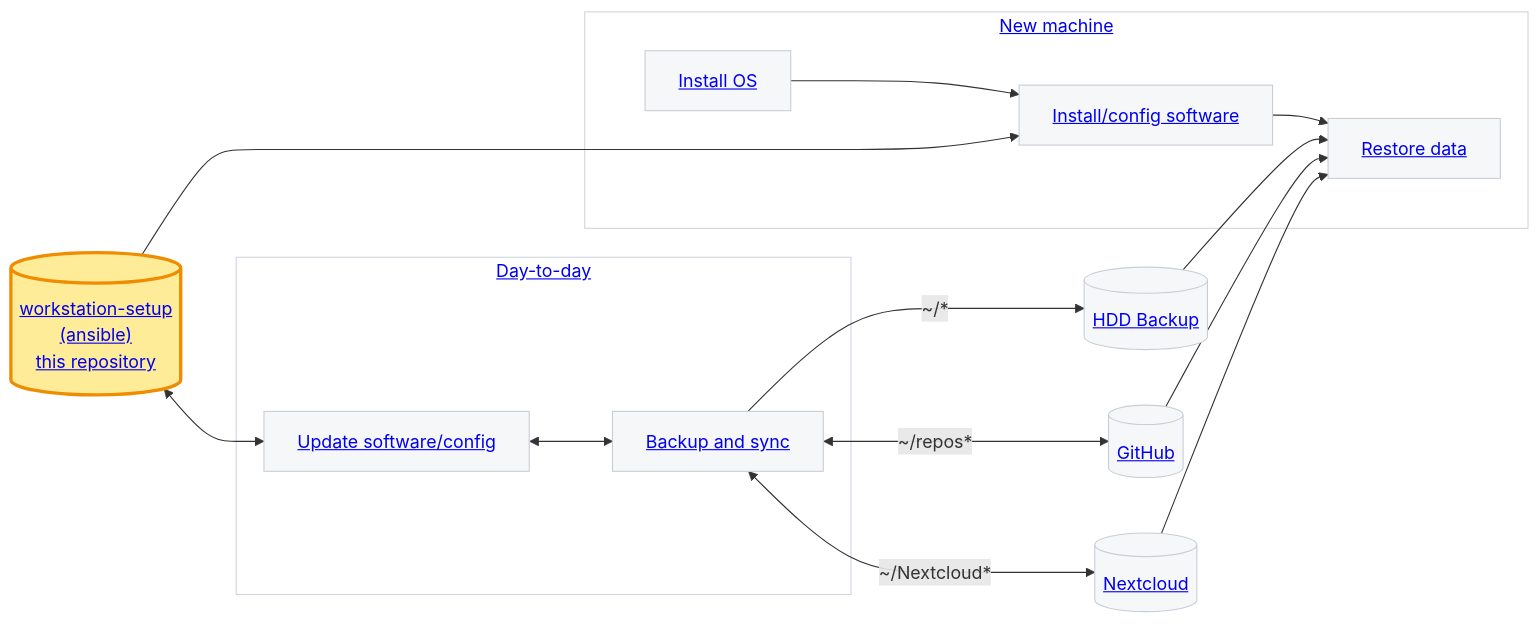
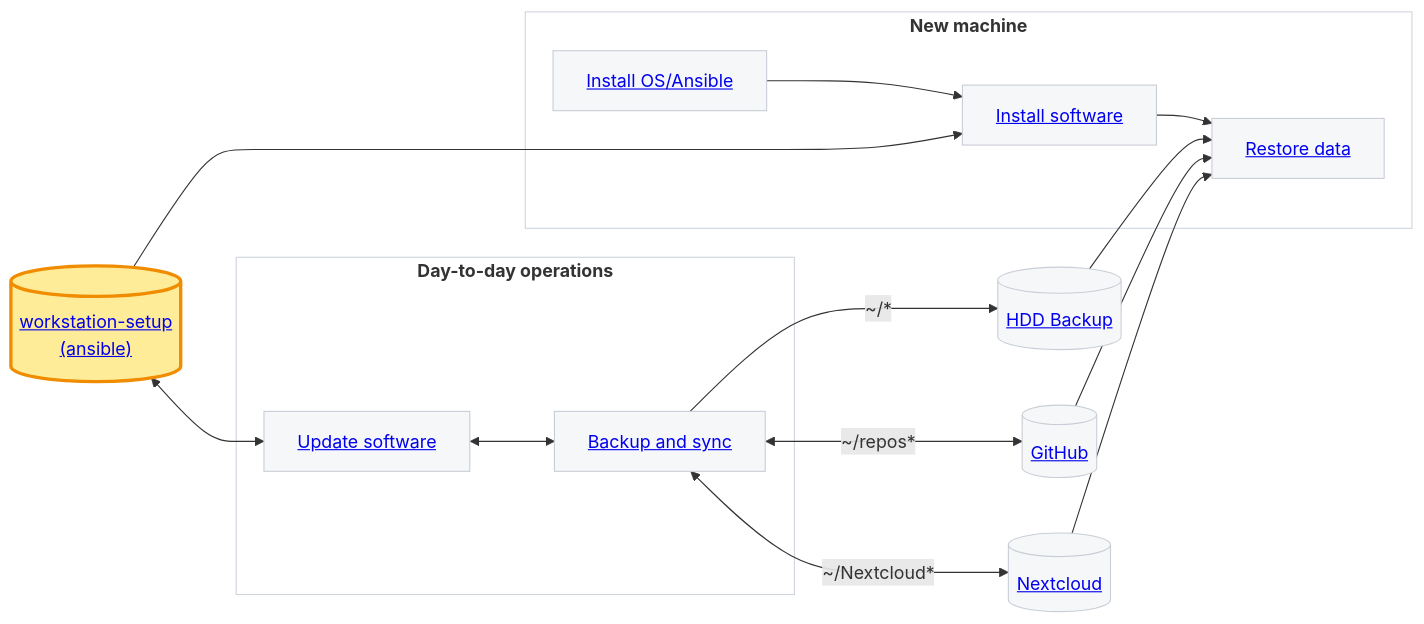
Before and after one commit to fs-ise/workstation-setup: the diagram in docs/index.qmd, drawn with Mermaid. The commit also changed other lines of this file and 11 other files, not shown here.

````diff
--- a/docs/index.qmd
+++ b/docs/index.qmd
@@ -17,41 +15,41 @@
 ```{mermaid}
 flowchart LR
   %% External infrastructure (outside the subgraphs)
-  GH[(<a href='https://github.com/fs-ise/workstation-setup?tab=readme-ov-file#github'>GitHub</a>)]
-  BK[(<a href='https://github.com/fs-ise/workstation-setup?tab=readme-ov-file#hdd-backup'>HDD Backup</a>)]
-  NC[(<a href='https://github.com/fs-ise/workstation-setup?tab=readme-ov-file#nextcloud'>Nextcloud</a>)]
-  A[("<a href='https://github.com/fs-ise/workstation-setup?tab=readme-ov-file#workstation-setup'>workstation-setup<br/>(ansible)<br/>this repository</a>")]
+  GH[(<a href='backup.html#github'>GitHub</a>)]
+  BK[(<a href='backup.html#hdd-backup'>HDD Backup</a>)]
+  NC[(<a href='backup.html#nextcloud'>Nextcloud</a>)]
+  A[("<a href='https://github.com/fs-ise/workstation-setup'>workstation-setup<br/>(ansible)</a>")]
 
   %% Day-to-day flow
-  subgraph Daily["<a href='https://github.com/fs-ise/workstation-setup?tab=readme-ov-file#day-to-day'>Day-to-day</a>"]
-     AUpd["<a href='https://github.com/fs-ise/workstation-setup?tab=readme-ov-file#update-software-and-configuration'>Update software/config</a>"] <--> S[<a href='https://github.com/fs-ise/workstation-setup?tab=readme-ov-file#backup-and-sync'>Backup and sync</a>]
+  subgraph Daily["<strong>Day-to-day operations</strong>"]
+     AUpd["<a href='update_software.html'>Update software</a>"] <--> S[<a href='backup.html'>Backup and sync</a>]
   end
   A <--> AUpd
   S -- ~/* --> BK
   S <-- ~/repos* --> GH
   S <-- ~/Nextcloud* --> NC
 
   %% New machine flow
-  subgraph New["<a href='https://github.com/fs-ise/workstation-setup?tab=readme-ov-file#new-machine'>New machine</a>"]
-    OS[<a href='https://github.com/fs-ise/workstation-setup?tab=readme-ov-file#install-os'>Install OS</a>]
-    OS --> AInst["<a href='https://github.com/fs-ise/workstation-setup?tab=readme-ov-file#install-and-configure-software'>Install/config software</a>"] --> R
-    R[<a href='https://github.com/fs-ise/workstation-setup?tab=readme-ov-file#restore-data'>Restore data</a>]
+  subgraph New["<strong>New machine</strong>"]
+    OS[<a href='install_os.html'>Install OS/Ansible</a>]
+    OS --> AInst["<a href='install_software.html'>Install software</a>"] --> R
+    R[<a href='restore.html'>Restore data</a>]
   end
   A --> AInst
 
   BK --> R
   GH --> R
   NC --> R
 
   %% Styling
   classDef highlight fill:#ffec99,stroke:#f08c00,stroke-width:3px,color:#1b1b1b;
   classDef muted fill:#f6f7f9,stroke:#c9ced6,stroke-width:1px,color:#2b2b2b;
 
   class A highlight;
   class GH,BK,NC,AUpd,S,OS,AInst,R muted;
 
   %% Optional: soften subgraph borders
   style Daily fill:#ffffff,stroke:#d0d5dd,stroke-width:1px;
   style New fill:#ffffff,stroke:#d0d5dd,stroke-width:1px;
 
 ```
````
